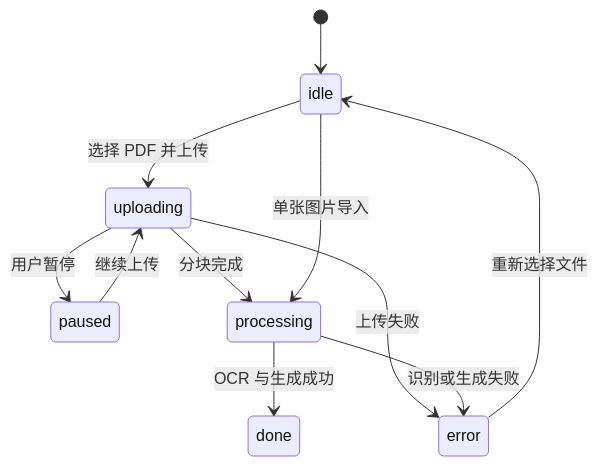
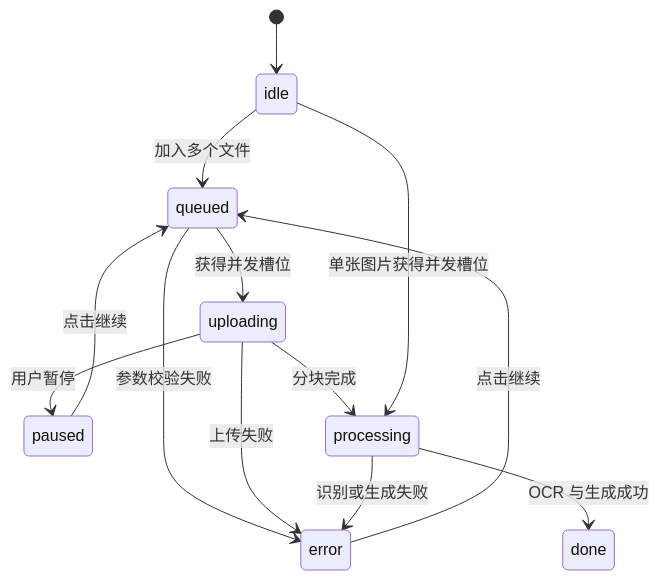
Before and after one commit to ningkaikok/dotty-tutor: the second of 2 diagrams in docs/frontend-learning-guide.md, drawn with Mermaid. The commit also changed other lines of this file and 14 other files, not shown here.

````diff
--- a/docs/frontend-learning-guide.md
+++ b/docs/frontend-learning-guide.md
@@ -67,13 +68,15 @@
 ```mermaid
 stateDiagram-v2
   [*] --> idle
-  idle --> uploading: 选择 PDF 并上传
+  idle --> queued: 加入多个文件
+  queued --> uploading: 获得并发槽位
   uploading --> paused: 用户暂停
-  paused --> uploading: 继续上传
+  paused --> queued: 点击继续
   uploading --> processing: 分块完成
   processing --> done: OCR 与生成成功
-  idle --> processing: 单张图片导入
+  queued --> error: 参数校验失败
   uploading --> error: 上传失败
   processing --> error: 识别或生成失败
-  error --> idle: 重新选择文件
+  error --> queued: 点击继续
+  idle --> processing: 单张图片获得并发槽位
 ```
````
